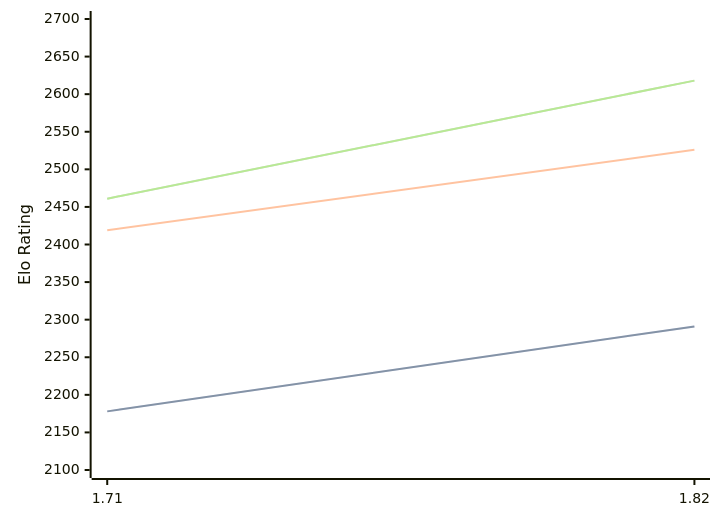
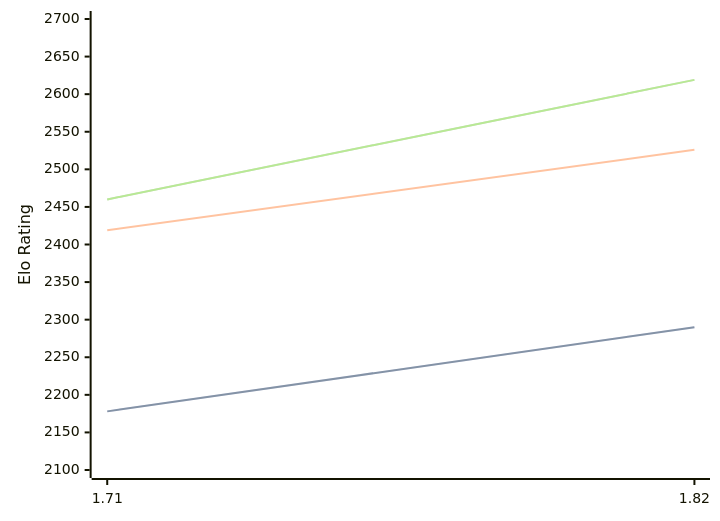
The first of 3 diagrams in engines/Amira.md (computer-chess-index/cci), drawn with Mermaid before and after one commit. The commit also changed other lines of this file, not shown here.

Commit message:
Update CCI Ratings (ELO VLTC) - 2026-06-27

````diff
--- a/engines/Amira.md
+++ b/engines/Amira.md
@@ -35,11 +35,11 @@
 ```mermaid
 %%{init: {"theme":"base","themeVariables":{"seriesColors:['#a3a3a3','#222221','#faa371']}}}%%
 xychart-beta
   x-axis ["1.71", "1.82"]
   y-axis "Elo Rating" 2100 --> 2700
-  line "STC (8.0+0.08s)" [2178, 2291]
-  line "STC (8.0+0.08s)" [2178, 2291]
+  line "STC (8.0+0.08s)" [2178, 2290]
+  line "STC (8.0+0.08s)" [2178, 2290]
   line "LTC (60.0+0.60s)" [2419, 2526]
-  line "VLTC (2m24s+1.12s)" [2461, 2618]
-  line "VLTC (2m24s+1.12s)" [2461, 2618]
+  line "VLTC (2m24s+1.12s)" [2460, 2619]
+  line "VLTC (2m24s+1.12s)" [2460, 2619]
 ```
````
